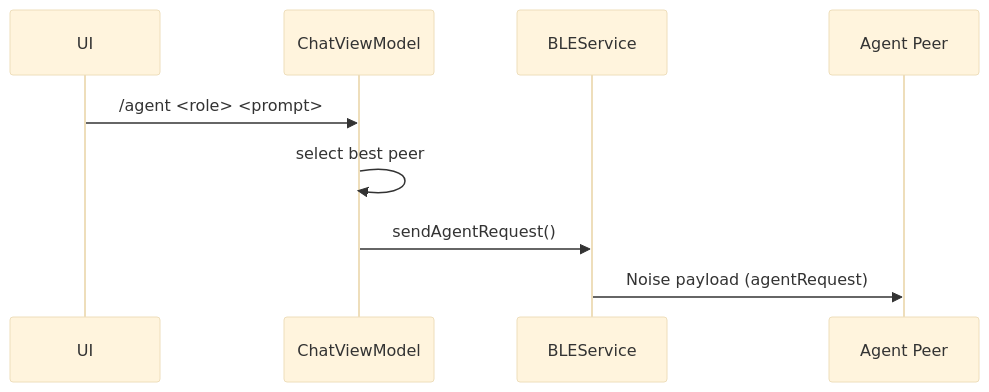
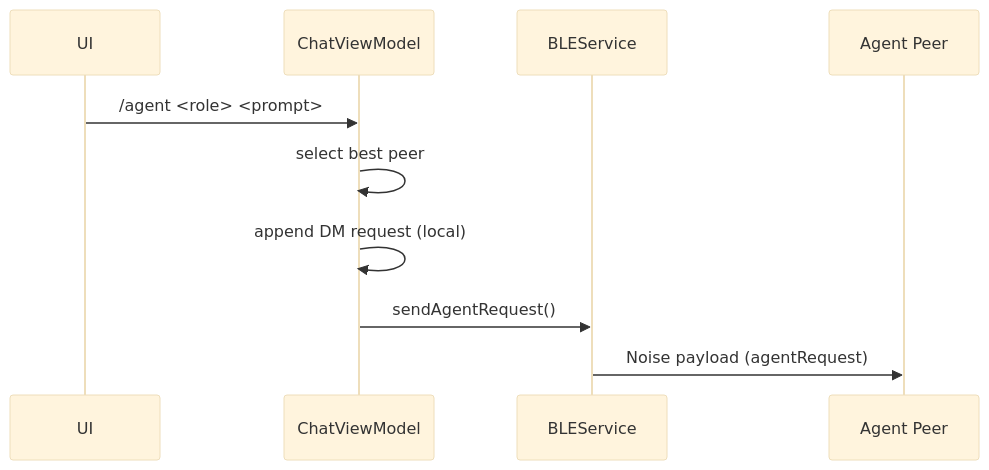
Before and after one commit to kylewalsh525/bitchat: the second of 3 diagrams in docs/AGENT_MESH_IMPLEMENTATION.md, drawn with Mermaid (base theme). The commit also changed other lines of this file and 45 other files, not shown here.

````diff
--- a/docs/AGENT_MESH_IMPLEMENTATION.md
+++ b/docs/AGENT_MESH_IMPLEMENTATION.md
@@ -52,11 +64,12 @@
 ```mermaid
 sequenceDiagram
   participant UI as UI
   participant VM as ChatViewModel
   participant BLE as BLEService
   participant Peer as Agent Peer
   UI->>VM: /agent <role> <prompt>
   VM->>VM: select best peer
+  VM->>VM: append DM request (local)
   VM->>BLE: sendAgentRequest()
   BLE->>Peer: Noise payload (agentRequest)
 ```
````
